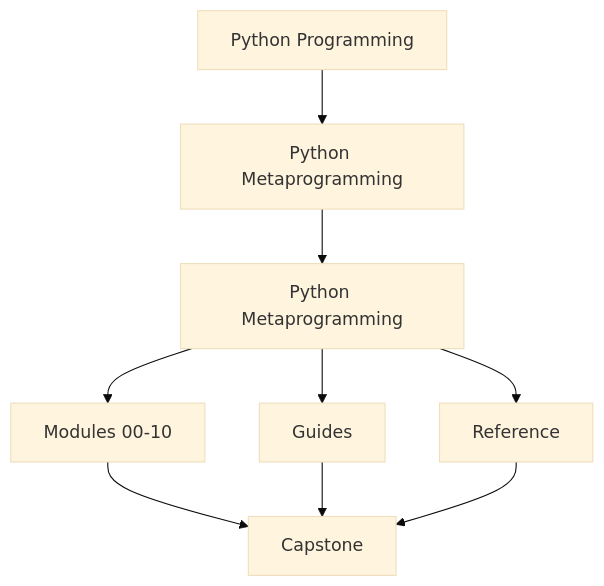
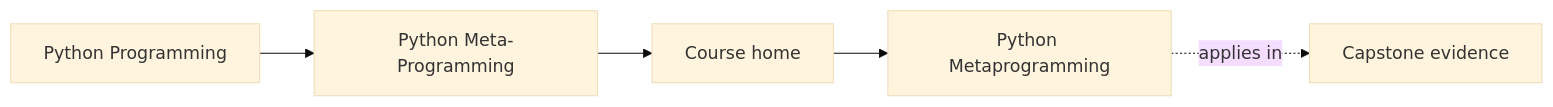
Before and after one commit to bijux/bijux-masterclass: the first of 2 diagrams in programs/python-programming/python-meta-programming/course-book/index.md, drawn with Mermaid (base theme). The commit also changed other lines of this file and 55 other files, not shown here.

Commit message:
docs(python-meta-programming): map runtime foundations and inspection routes

````diff
--- a/programs/python-programming/python-meta-programming/course-book/index.md
+++ b/programs/python-programming/python-meta-programming/course-book/index.md
@@ -7,11 +7,11 @@
 ```mermaid
-flowchart TD
-  family["Python Programming"] --> program["Python Metaprogramming"]
-  program --> home["Python Metaprogramming"]
-  home --> modules["Modules 00-10"]
-  home --> guides["Guides"]
-  home --> reference["Reference"]
-  modules --> capstone["Capstone"]
-  guides --> capstone
-  reference --> capstone
+graph LR
+  family["Python Programming"]
+  program["Python Meta-Programming"]
+  section["Course home"]
+  page["Python Metaprogramming"]
+  capstone["Capstone evidence"]
+
+  family --> program --> section --> page
+  page -.applies in.-> capstone
 ```
````
